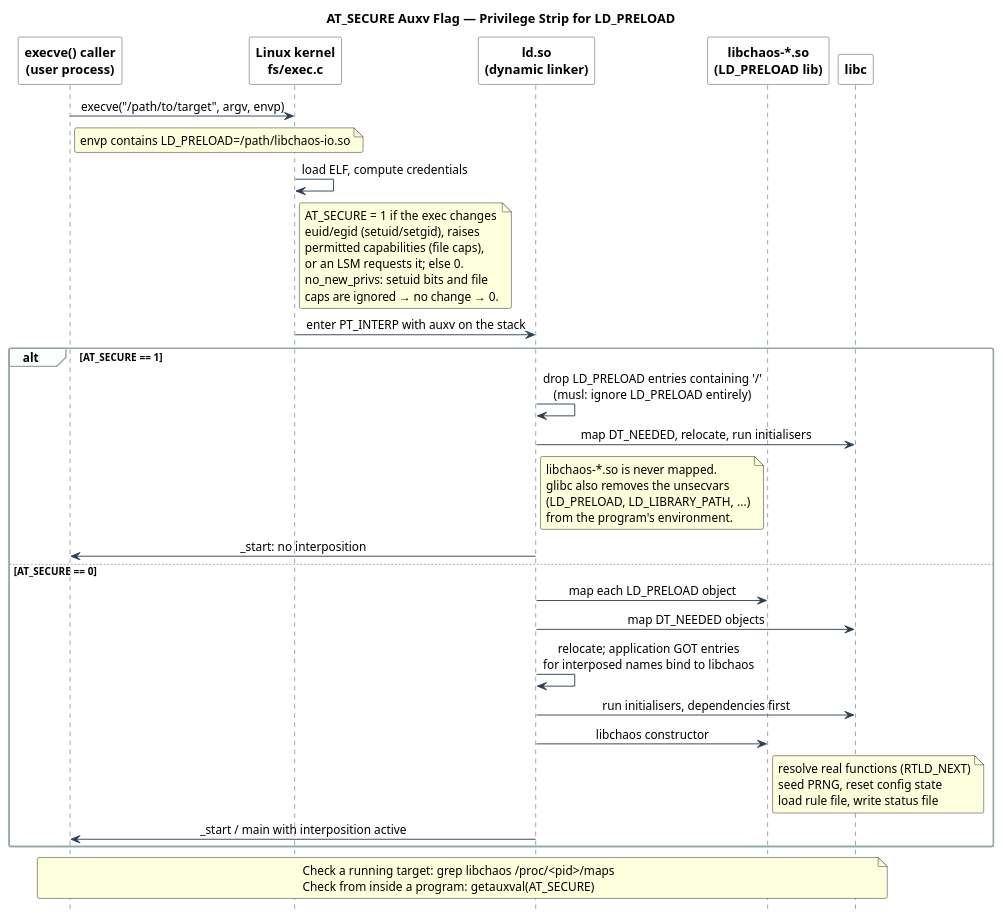
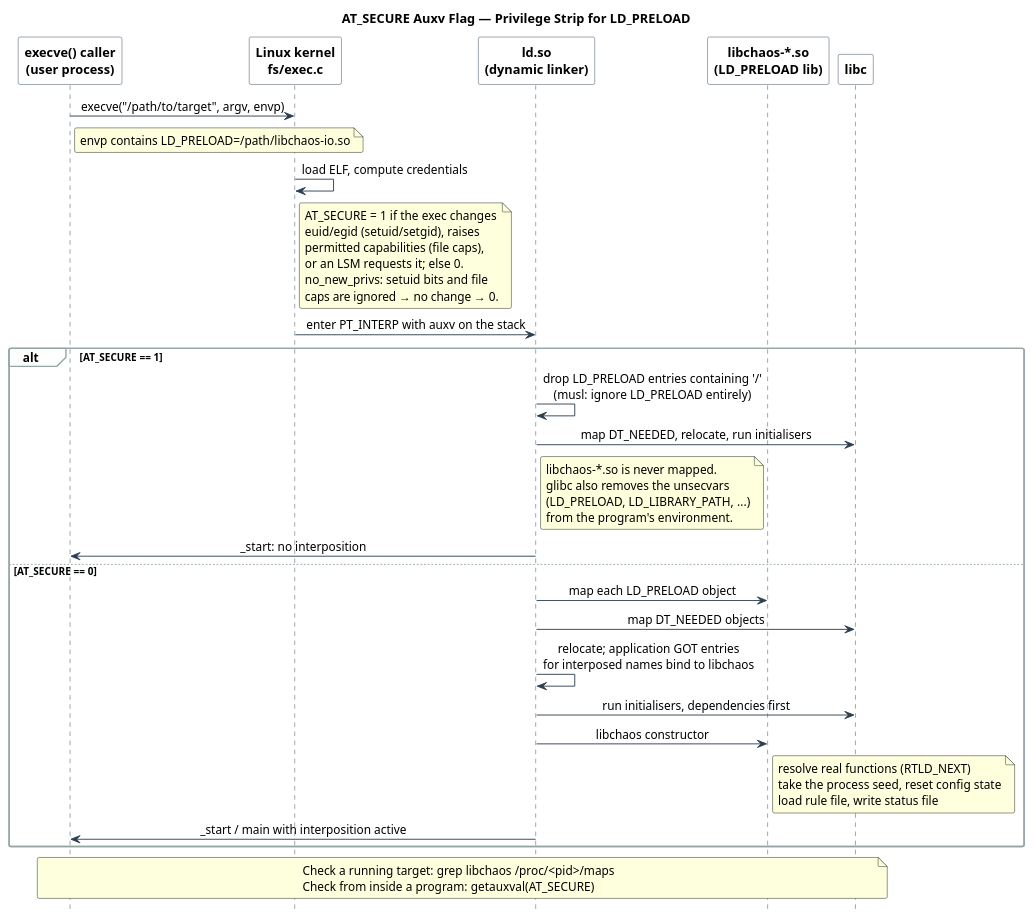
Before and after one commit to macstab/macstab-chaos-testing-libraries: the diagram in docs/SAFETY.md, drawn with PlantUML. The commit also changed other lines of this file and 59 other files, not shown here.

````diff
--- a/docs/SAFETY.md
+++ b/docs/SAFETY.md
@@ -113,73 +113,73 @@
 ```plantuml
 @startuml atsecure
 title AT_SECURE Auxv Flag — Privilege Strip for LD_PRELOAD
 
 skinparam sequenceMessageAlign center
 skinparam shadowing false
 skinparam roundCorner 4
 skinparam sequence {
   ArrowColor                 #2C3E50
   LifeLineBorderColor        #2C3E50
   LifeLineBackgroundColor    #ECF0F1
   ParticipantBorderColor     #2C3E50
   ParticipantBackgroundColor #FFFFFF
   ParticipantFontStyle       bold
   GroupBackgroundColor       #FDFEFE
   GroupBorderColor           #95A5A6
 }
 hide footbox
 
 participant "execve() caller\n(user process)" as Caller
 participant "Linux kernel\nfs/exec.c"           as Kernel
 participant "ld.so\n(dynamic linker)"          as Ldso
 participant "libchaos-*.so\n(LD_PRELOAD lib)"  as Chaos
 participant "libc"                             as Libc
 
 Caller -> Kernel : execve("/path/to/target", argv, envp)
 note right of Caller
   envp contains LD_PRELOAD=/path/libchaos-io.so
 end note
 
 Kernel -> Kernel : load ELF, compute credentials
 note right of Kernel
   AT_SECURE = 1 if the exec changes
   euid/egid (setuid/setgid), raises
   permitted capabilities (file caps),
   or an LSM requests it; else 0.
   no_new_privs: setuid bits and file
   caps are ignored → no change → 0.
 end note
 
 Kernel -> Ldso : enter PT_INTERP with auxv on the stack
 
 alt AT_SECURE == 1
   Ldso -> Ldso : drop LD_PRELOAD entries containing '/'\n(musl: ignore LD_PRELOAD entirely)
   Ldso -> Libc : map DT_NEEDED, relocate, run initialisers
   note right of Ldso
     libchaos-*.so is never mapped.
     glibc also removes the unsecvars
     (LD_PRELOAD, LD_LIBRARY_PATH, ...)
     from the program's environment.
   end note
   Ldso -> Caller : _start: no interposition
 else AT_SECURE == 0
   Ldso -> Chaos : map each LD_PRELOAD object
   Ldso -> Libc : map DT_NEEDED objects
   Ldso -> Ldso : relocate; application GOT entries\nfor interposed names bind to libchaos
   Ldso -> Libc : run initialisers, dependencies first
   Ldso -> Chaos : libchaos constructor
   note right of Chaos
     resolve real functions (RTLD_NEXT)
-    seed PRNG, reset config state
+    take the process seed, reset config state
     load rule file, write status file
   end note
   Ldso -> Caller : _start / main with interposition active
 end
 
 note across
   Check a running target: grep libchaos /proc/<pid>/maps
   Check from inside a program: getauxval(AT_SECURE)
 end note
 
 @enduml
 ```
````
